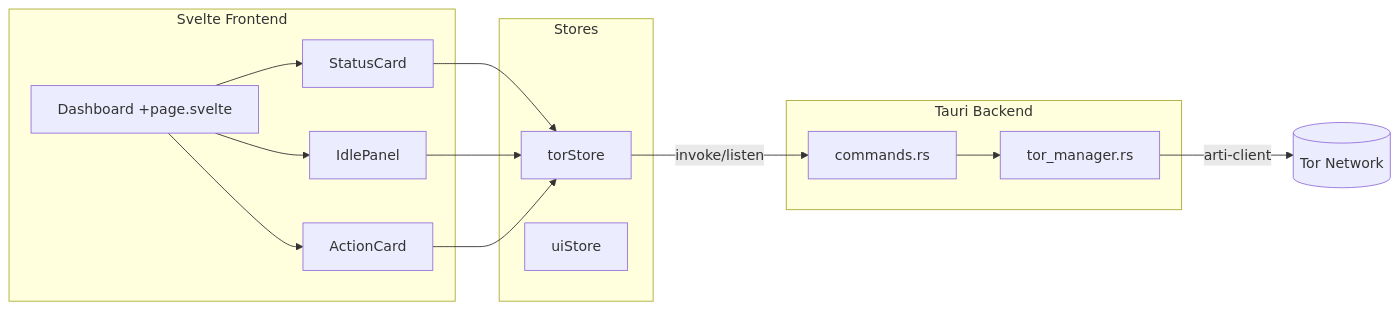
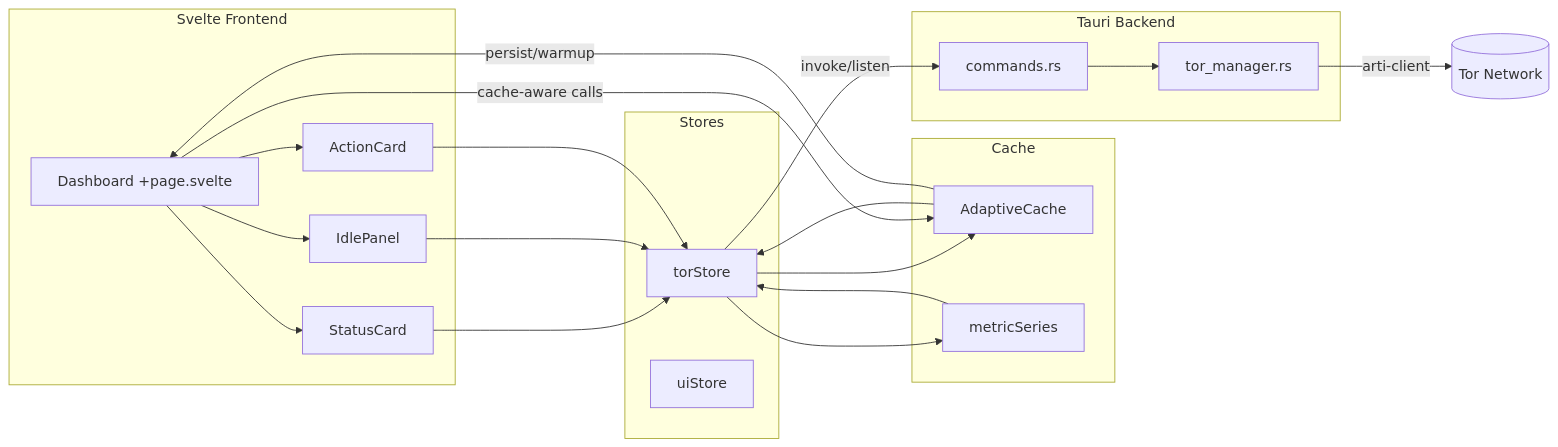
One commit to Christopher-Schulze/Torwell changed the diagram in docs/FILEANDWIREMAP.md. Above: the diagram before and after it, drawn with Mermaid. The commit also changed other lines of this file and 18 other files, not shown here.

````diff
--- a/docs/FILEANDWIREMAP.md
+++ b/docs/FILEANDWIREMAP.md
@@ -30,27 +40,37 @@
 ```mermaid
 flowchart LR
     subgraph Frontend [Svelte Frontend]
         A[Dashboard +page.svelte]
         B[StatusCard]
         C[IdlePanel]
         D[ActionCard]
     end
     subgraph Stores
         S1[torStore]
         S2[uiStore]
     end
+    subgraph Cache
+        C1[AdaptiveCache]
+        C2[metricSeries]
+    end
     subgraph Backend [Tauri Backend]
         T1[commands.rs]
         T2[tor_manager.rs]
     end
 
     A --> B
     A --> C
     A --> D
     B --> S1
     C --> S1
     D --> S1
+    S1 --> C1
+    C1 --> S1
+    S1 --> C2
+    C2 --> S1
     S1 -- invoke/listen --> T1
+    A -->|cache-aware calls| C1
+    C1 -->|persist/warmup| A
     T1 --> T2
     T2 -->|arti-client| Tor[(Tor Network)]
 ```
````
